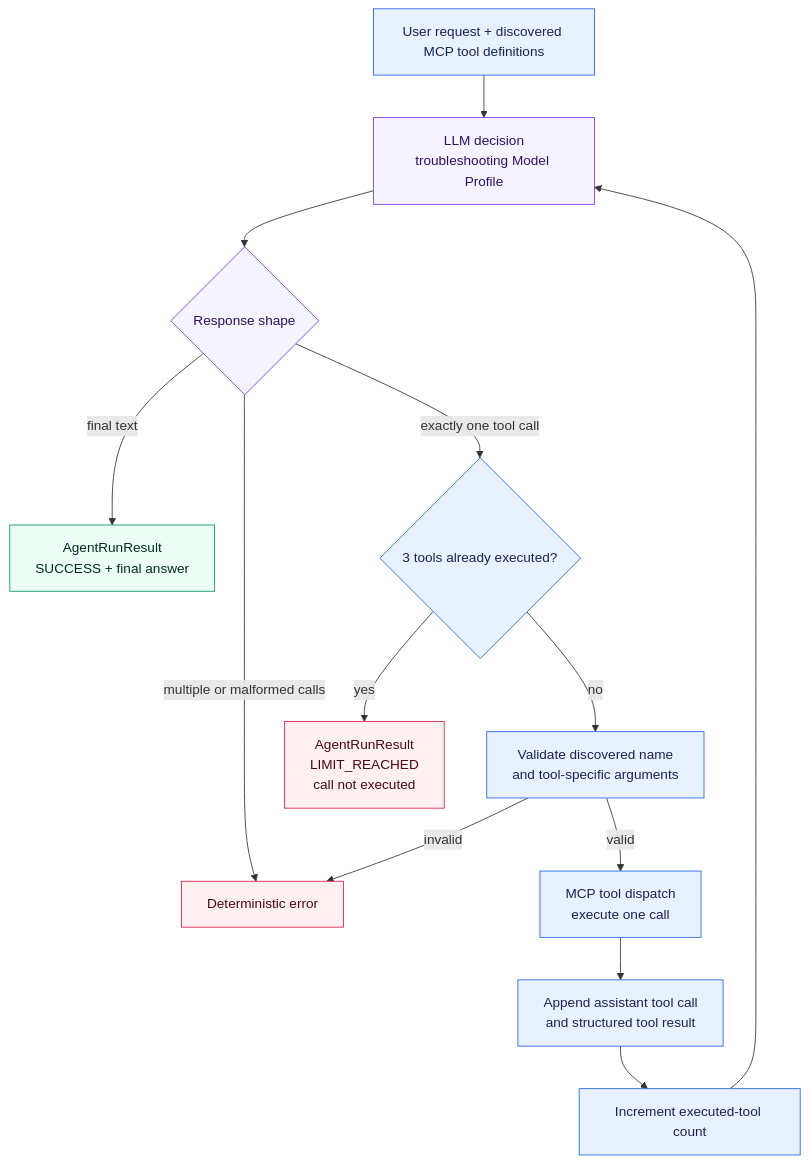
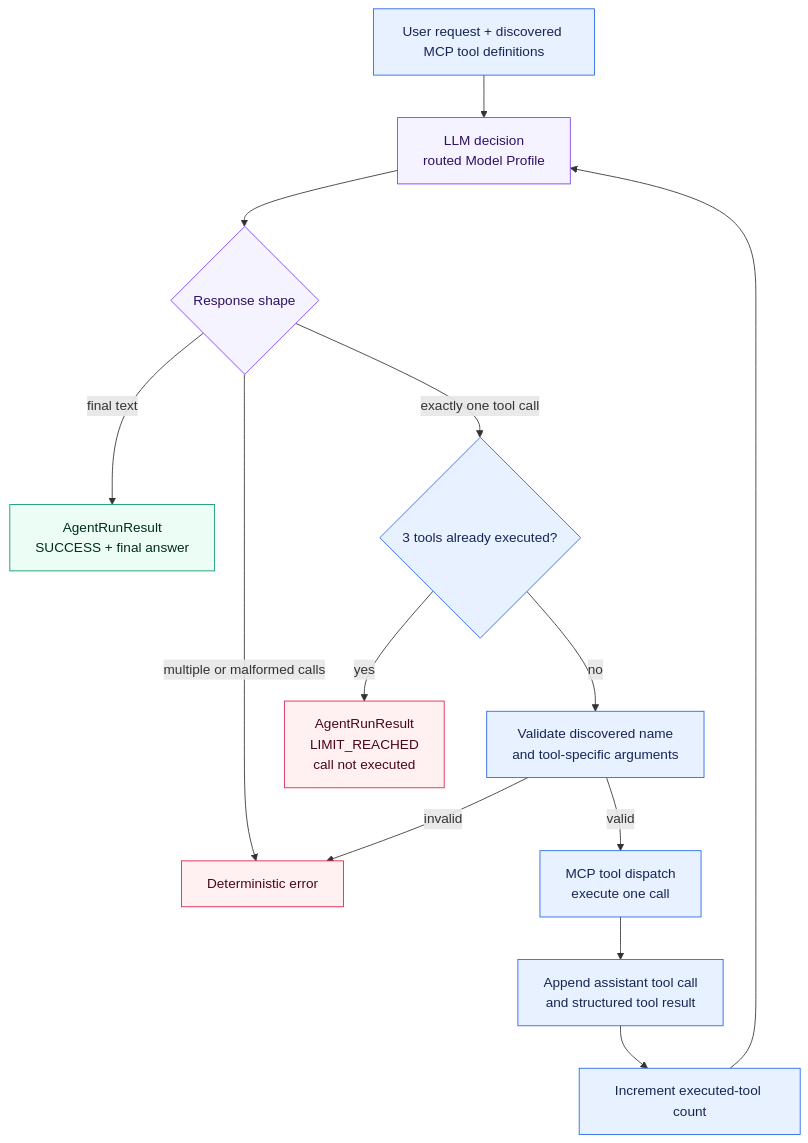
One commit to aboerzel/industrial-ai-agent changed the sixth of 13 diagrams in docs/architecture/overview.md. Above: the diagram before and after it, drawn with Mermaid. The commit also changed other lines of this file and 28 other files, not shown here.

````diff
--- a/docs/architecture/overview.md
+++ b/docs/architecture/overview.md
@@ -354,24 +341,24 @@
 ```mermaid
 flowchart TD
-    Start["User request + discovered MCP tool definitions"] --> Decide["LLM decision<br/>troubleshooting Model Profile"]
+    Start["User request + discovered MCP tool definitions"] --> Decide["LLM decision<br/>routed Model Profile"]
     Decide --> Shape{"Response shape"}
     Shape -->|"final text"| Success["AgentRunResult<br/>SUCCESS + final answer"]
     Shape -->|"multiple or malformed calls"| Invalid["Deterministic error"]
     Shape -->|"exactly one tool call"| Budget{"3 tools already executed?"}
     Budget -->|"yes"| Limit["AgentRunResult<br/>LIMIT_REACHED<br/>call not executed"]
     Budget -->|"no"| Validate["Validate discovered name<br/>and tool-specific arguments"]
     Validate -->|"invalid"| Invalid
     Validate -->|"valid"| Dispatch["MCP tool dispatch<br/>execute one call"]
     Dispatch --> Observe["Append assistant tool call<br/>and structured tool result"]
     Observe --> Count["Increment executed-tool count"]
     Count --> Decide
 
     classDef llm fill:#f5f3ff,stroke:#7c3aed,color:#2e1065
     classDef deterministic fill:#e8f1ff,stroke:#2563eb,color:#172554
     classDef success fill:#ecfdf5,stroke:#059669,color:#022c22
     classDef failure fill:#fff1f2,stroke:#e11d48,color:#4c0519
     class Decide,Shape llm
     class Start,Budget,Validate,Dispatch,Observe,Count deterministic
     class Success success
     class Invalid,Limit failure
 ```
````
